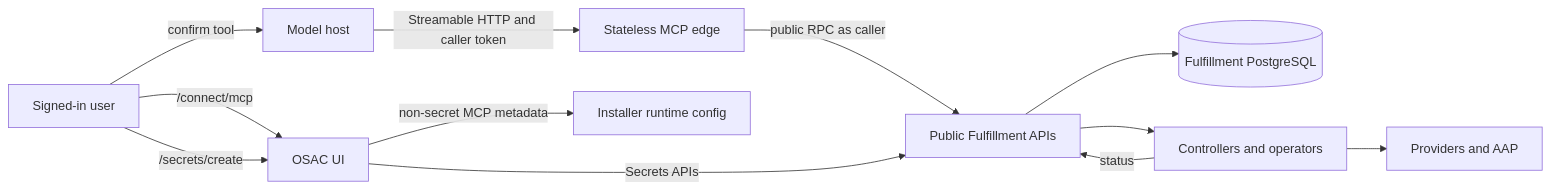
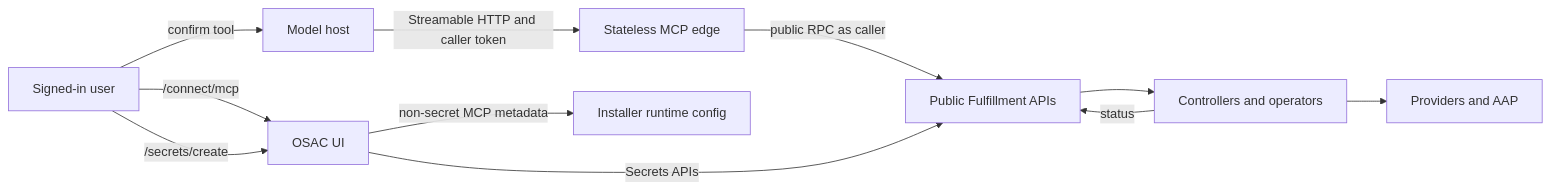
Before and after one commit to osac-project/enhancement-proposals: the first of 2 diagrams in enhancements/OSAC-5731-mcp-server/design.md, drawn with Mermaid. The commit also changed other lines of this file, not shown here.

First line of the commit message:
OSAC-5734: Drop PostgreSQL from the MCP architecture diagram

````diff
--- a/enhancements/OSAC-5731-mcp-server/design.md
+++ b/enhancements/OSAC-5731-mcp-server/design.md
@@ -97,24 +97,22 @@
 ```mermaid
 flowchart LR
     User[Signed-in user]
     Host[Model host]
     MCP[Stateless MCP edge]
     Ful[Public Fulfillment APIs]
     UI[OSAC UI]
     Cfg[Installer runtime config]
-    DB[(Fulfillment PostgreSQL)]
     Rec[Controllers and operators]
     Prov[Providers and AAP]
 
     User -->|confirm tool| Host
     Host -->|Streamable HTTP and caller token| MCP
     MCP -->|public RPC as caller| Ful
     User -->|/connect/mcp| UI
     UI -->|non-secret MCP metadata| Cfg
     User -->|/secrets/create| UI
     UI -->|Secrets APIs| Ful
-    Ful --> DB
     Ful --> Rec
     Rec --> Prov
     Rec -->|status| Ful
 ```
````
